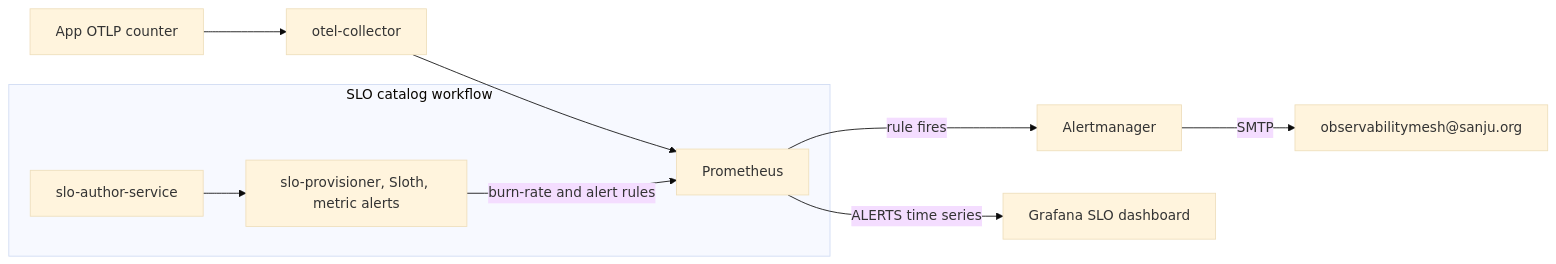
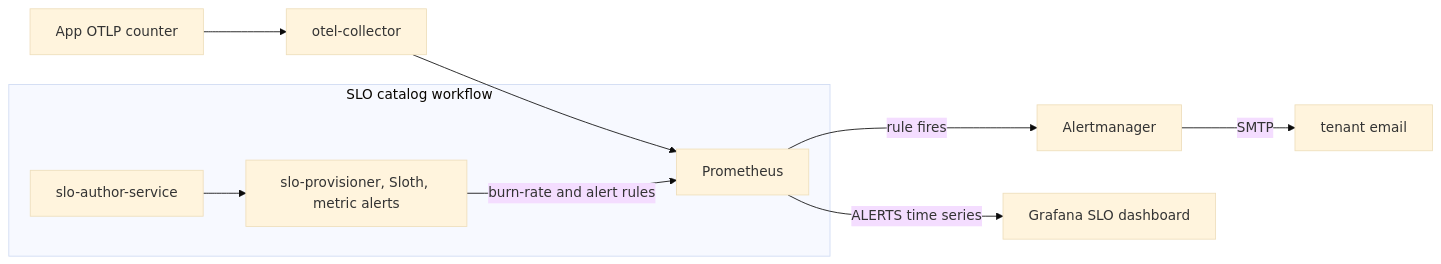
One commit to sanjuthomas/observability-mesh changed the fourth of 4 diagrams in README.md. Above: the diagram before and after it, drawn with Mermaid (base theme). The commit also changed other lines of this file and 1 other file, not shown here.

````diff
--- a/README.md
+++ b/README.md
@@ -211,14 +209,14 @@
 ```mermaid
 flowchart LR
     App["App OTLP counter"] --> OTel["otel-collector"]
     OTel --> Prom["Prometheus"]
     subgraph Catalog["SLO catalog workflow"]
         SloAuth["slo-author-service"]
         Prov["slo-provisioner, Sloth, metric alerts"]
         SloAuth --> Prov
         Prov -->|burn-rate and alert rules| Prom
     end
     Prom -->|rule fires| AM["Alertmanager"]
-    AM -->|SMTP| Email["observabilitymesh@sanju.org"]
+    AM -->|SMTP| Email["tenant email"]
     Prom -->|ALERTS time series| Grafana["Grafana SLO dashboard"]
 ```
````
